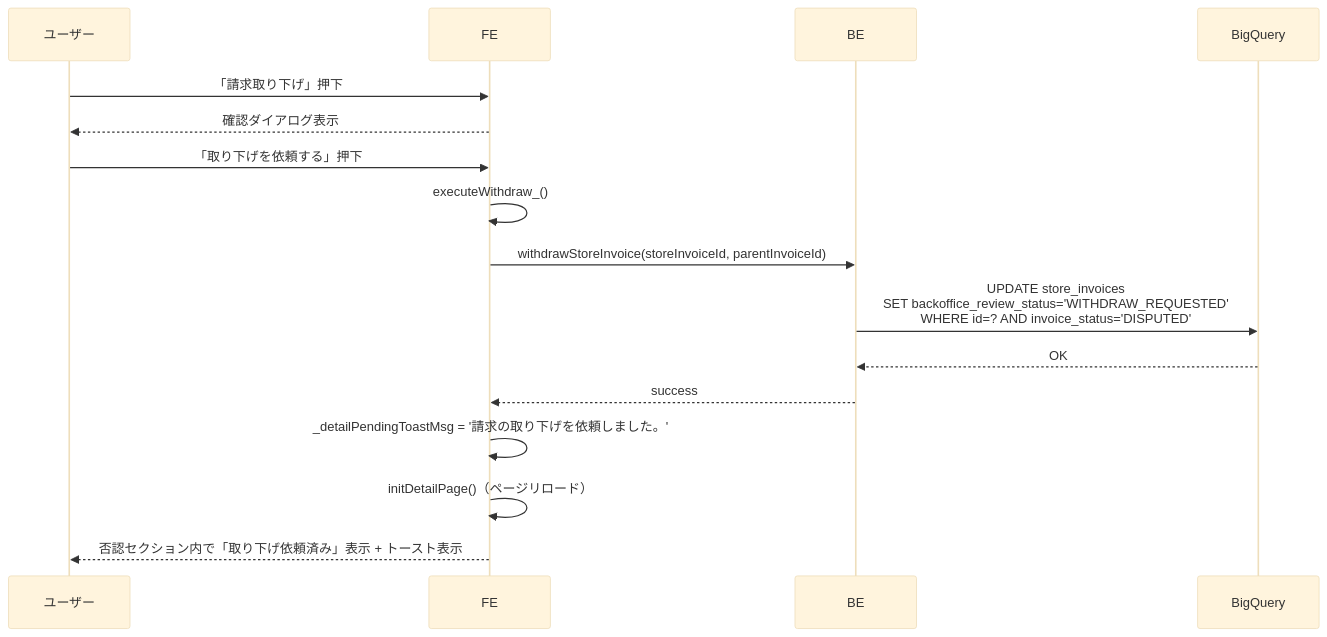
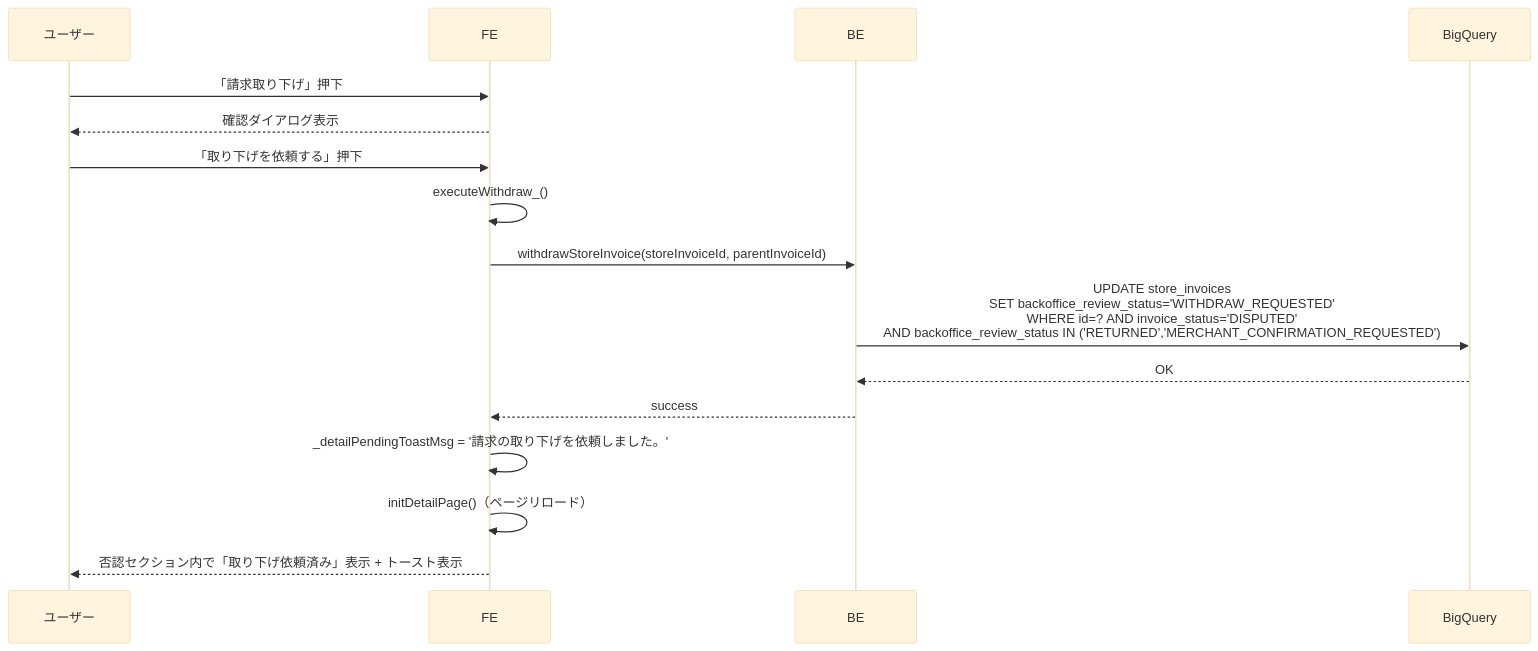
Before and after one commit to USEN-PAY-Products/connect-wholesale-gas-poc: diagram 12 of 17 in docs/specifications/04_detail_page.md, drawn with Mermaid (base theme). The commit also changed other lines of this file and 1 other file, not shown here.

````diff
--- a/docs/specifications/04_detail_page.md
+++ b/docs/specifications/04_detail_page.md
@@ -342,20 +342,20 @@
 ```mermaid
 sequenceDiagram
     participant U as ユーザー
     participant FE as FE
     participant BE as BE
     participant BQ as BigQuery
 
     U->>FE: 「請求取り下げ」押下
     FE-->>U: 確認ダイアログ表示
 
     U->>FE: 「取り下げを依頼する」押下
     FE->>FE: executeWithdraw_()
     FE->>BE: withdrawStoreInvoice(storeInvoiceId, parentInvoiceId)
-    BE->>BQ: UPDATE store_invoices<br/>SET backoffice_review_status='WITHDRAW_REQUESTED'<br/>WHERE id=? AND invoice_status='DISPUTED'
+    BE->>BQ: UPDATE store_invoices<br/>SET backoffice_review_status='WITHDRAW_REQUESTED'<br/>WHERE id=? AND invoice_status='DISPUTED'<br/>AND backoffice_review_status IN ('RETURNED','MERCHANT_CONFIRMATION_REQUESTED')
     BQ-->>BE: OK
     BE-->>FE: success
     FE->>FE: _detailPendingToastMsg = '請求の取り下げを依頼しました。'
     FE->>FE: initDetailPage()（ページリロード）
     FE-->>U: 否認セクション内で「取り下げ依頼済み」表示 + トースト表示
 ```
````
